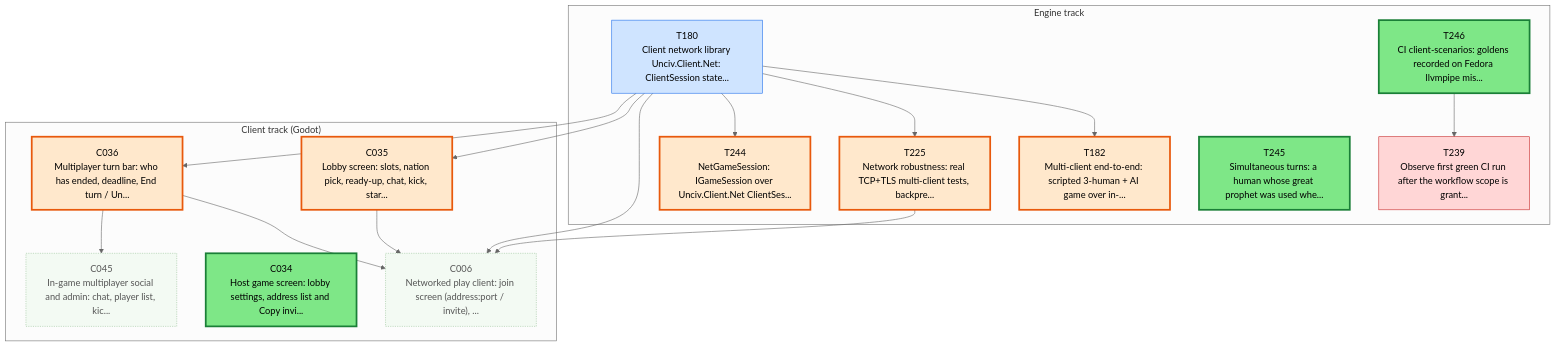
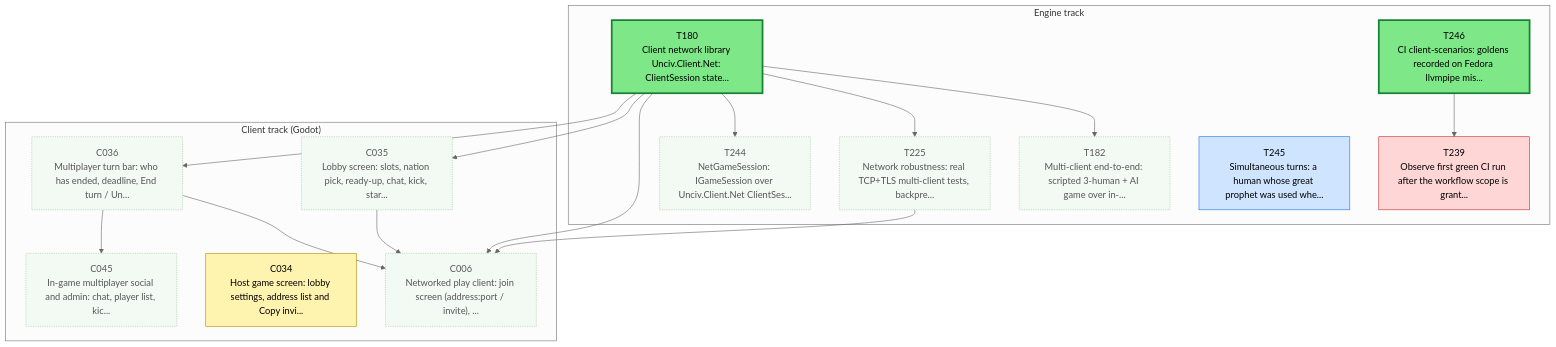
Before and after one commit to Kenmura/Unciv: the first of 3 diagrams in csharp/migration/DEPENDENCY_MAP.md, drawn with Mermaid (neutral theme). The commit also changed other lines of this file and 1 other file, not shown here.

Commit message:
migration: reset T180 (takeover from DeepSeek at user request (Claude implementing review fixes))

````diff
--- a/csharp/migration/DEPENDENCY_MAP.md
+++ b/csharp/migration/DEPENDENCY_MAP.md
@@ -24,49 +24,49 @@
 ```mermaid
 flowchart TD
   subgraph TTRACK["Engine track"]
     T180["T180<br/>Client network library Unciv.Client.Net: ClientSession state..."]
     T182["T182<br/>Multi-client end-to-end: scripted 3-human + AI game over in-..."]
     T225["T225<br/>Network robustness: real TCP+TLS multi-client tests, backpre..."]
     T239["T239<br/>Observe first green CI run after the workflow scope is grant..."]
     T244["T244<br/>NetGameSession: IGameSession over Unciv.Client.Net ClientSes..."]
     T245["T245<br/>Simultaneous turns: a human whose great prophet was used whe..."]
     T246["T246<br/>CI client-scenarios: goldens recorded on Fedora llvmpipe mis..."]
   end
   subgraph CTRACK["Client track (Godot)"]
     C006["C006<br/>Networked play client: join screen (address:port / invite), ..."]
     C034["C034<br/>Host game screen: lobby settings, address list and Copy invi..."]
     C035["C035<br/>Lobby screen: slots, nation pick, ready-up, chat, kick, star..."]
     C036["C036<br/>Multiplayer turn bar: who has ended, deadline, End turn / Un..."]
     C045["C045<br/>In-game multiplayer social and admin: chat, player list, kic..."]
   end
   T180 --> T182
   T180 --> T225
   T246 --> T239
   T180 --> T244
   T180 --> C006
   C035 --> C006
   C036 --> C006
   T225 --> C006
   T180 --> C035
   T180 --> C036
   C036 --> C045
   classDef waiting fill:#f3faf3,stroke:#9bc49b,color:#555,stroke-dasharray:2 2
   classDef ondeck fill:#ffe8cc,stroke:#e8590c,stroke-width:3px,color:#000
   classDef ready fill:#7ee787,stroke:#1a7f37,stroke-width:3px,color:#000
   classDef prog fill:#fff3b0,stroke:#b58900,color:#000
   classDef review fill:#cfe4ff,stroke:#1f6feb,color:#000
   classDef blocked fill:#ffd6d6,stroke:#c62828,color:#000
   classDef done fill:#eeeeee,stroke:#999999,color:#666,stroke-dasharray:4 3
   class C006 waiting
-  class C034 ready
-  class C035 ondeck
-  class C036 ondeck
+  class C034 prog
+  class C035 waiting
+  class C036 waiting
   class C045 waiting
-  class T180 review
-  class T182 ondeck
-  class T225 ondeck
+  class T180 ready
+  class T182 waiting
+  class T225 waiting
   class T239 blocked
-  class T244 ondeck
-  class T245 ready
+  class T244 waiting
+  class T245 review
   class T246 ready
 ```
````
